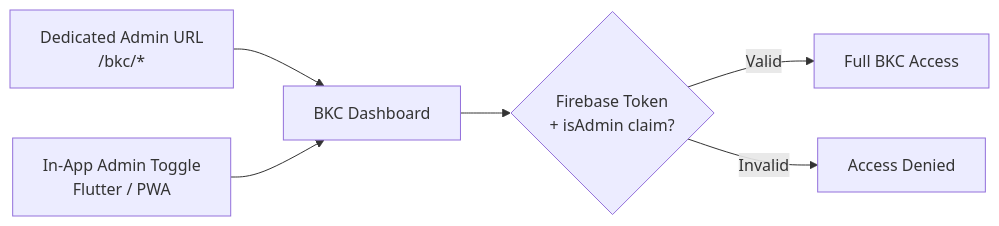
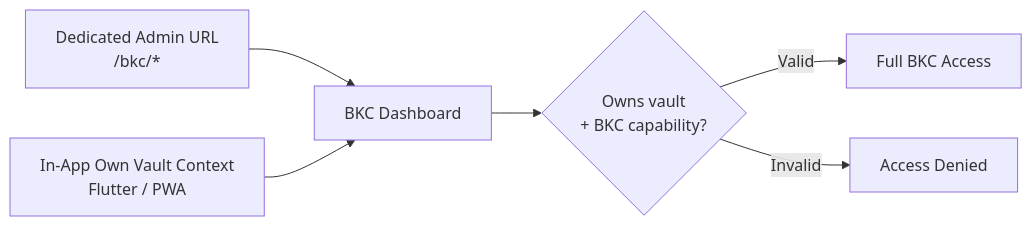
The second of 2 diagrams in docs/bkc/overview.md (kackey621/Bokunokoto), drawn with Mermaid before and after one commit. The commit also changed other lines of this file and 172 other files, not shown here.

First line of the commit message:
feat: implement person-first account model, vault ownership, and BKC management

````diff
--- a/docs/bkc/overview.md
+++ b/docs/bkc/overview.md
@@ -151,8 +147,8 @@
 ```mermaid
 flowchart LR
     A["Dedicated Admin URL<br/>/bkc/*"] --> C["BKC Dashboard"]
-    B["In-App Admin Toggle<br/>Flutter / PWA"] --> C
-    C --> D{Firebase Token<br/>+ isAdmin claim?}
+    B["In-App Own Vault Context<br/>Flutter / PWA"] --> C
+    C --> D{Owns vault<br/>+ BKC capability?}
     D -->|Valid| E["Full BKC Access"]
     D -->|Invalid| F["Access Denied"]
 ```
````
